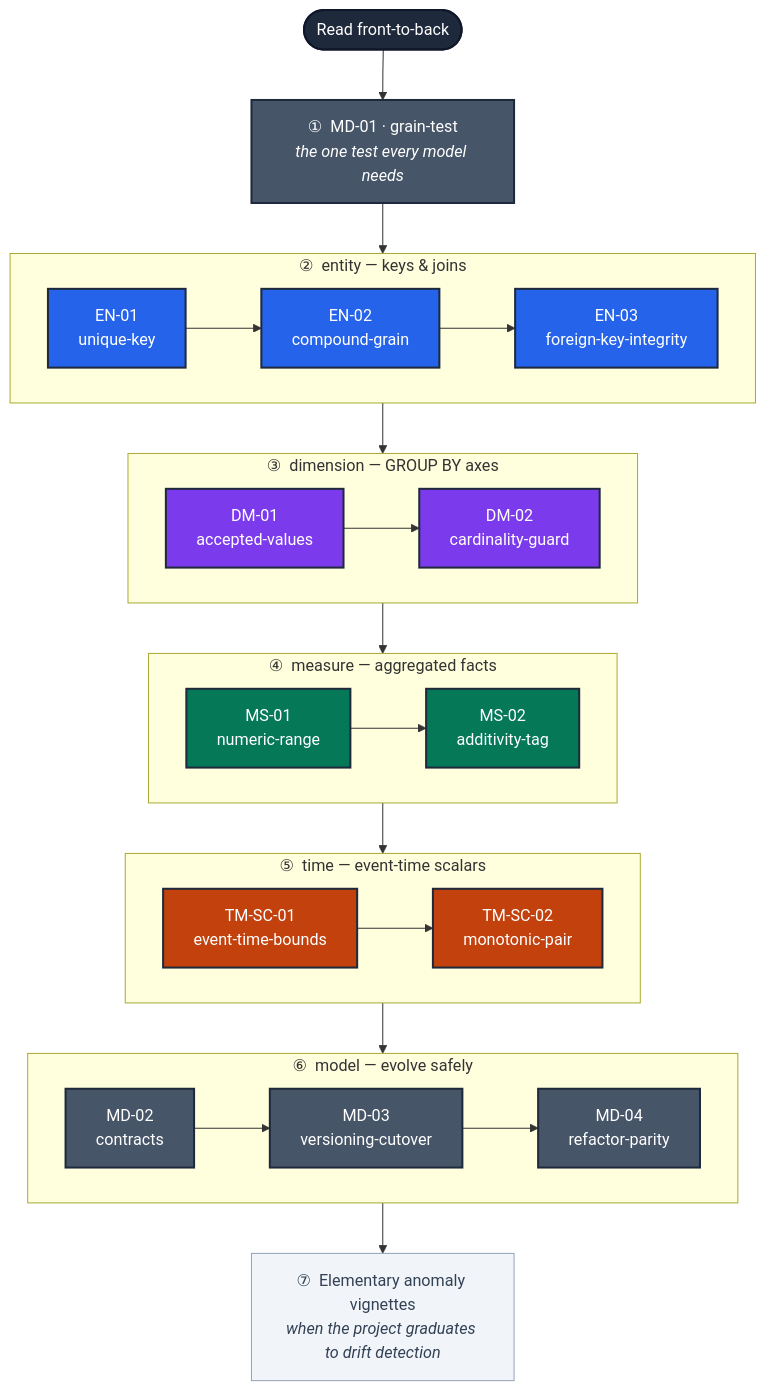
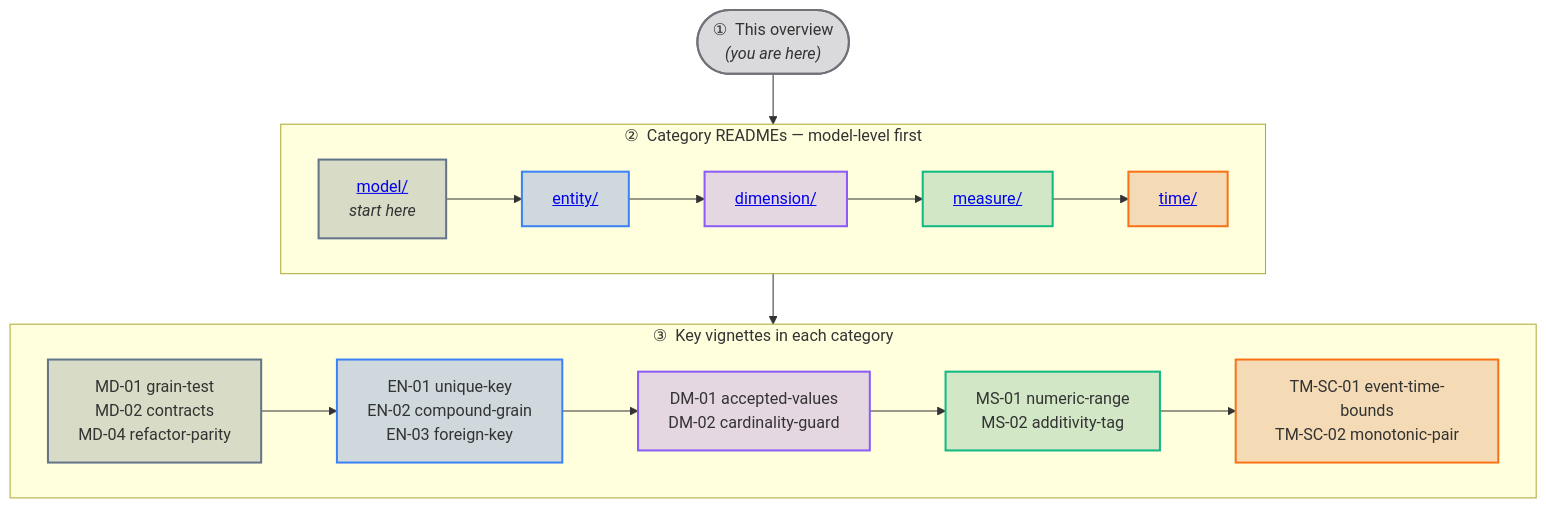
Before and after one commit to neozenith/dbt-gcp-jaffleshop: the second of 2 diagrams in docs/guides/testing_taxonomy/README.md, drawn with Mermaid. The commit also changed other lines of this file and 36 other files, not shown here.

First line of the commit message:
docs(taxonomy): rework guide entry-point + WCAG-AAA dual-theme mermaid palette (#19)

````diff
--- a/docs/guides/testing_taxonomy/README.md
+++ b/docs/guides/testing_taxonomy/README.md
@@ -254,48 +80,26 @@
 ```mermaid
 flowchart TD
-    s(["Read front-to-back"]):::startNode --> g1
+    root(["①&nbsp; This overview<br/><i>(you are here)</i>"]):::startNode
 
-    g1["①&nbsp; MD-01 · grain-test<br/><i>the one test every model needs</i>"]:::model
-
-    subgraph EN ["②&nbsp; entity — keys &amp; joins"]
+    subgraph T2 ["②&nbsp; Category READMEs — model-level first"]
         direction LR
-        en1["EN-01<br/>unique-key"]:::entity --> en2["EN-02<br/>compound-grain"]:::entity --> en3["EN-03<br/>foreign-key-integrity"]:::entity
+        cModel["<a href='./model/README.md'>model/</a><br/><i>start here</i>"]:::model --> cEntity["<a href='./entity/README.md'>entity/</a>"]:::entity --> cDim["<a href='./dimension/README.md'>dimension/</a>"]:::dim --> cMeas["<a href='./measure/README.md'>measure/</a>"]:::meas --> cTime["<a href='./time/README.md'>time/</a>"]:::time
     end
 
-    subgraph DM ["③&nbsp; dimension — GROUP BY axes"]
+    subgraph T3 ["③&nbsp; Key vignettes in each category"]
         direction LR
-        dm1["DM-01<br/>accepted-values"]:::dim --> dm2["DM-02<br/>cardinality-guard"]:::dim
+        kModel["MD-01 grain-test<br/>MD-02 contracts<br/>MD-04 refactor-parity"]:::model --> kEntity["EN-01 unique-key<br/>EN-02 compound-grain<br/>EN-03 foreign-key"]:::entity --> kDim["DM-01 accepted-values<br/>DM-02 cardinality-guard"]:::dim --> kMeas["MS-01 numeric-range<br/>MS-02 additivity-tag"]:::meas --> kTime["TM-SC-01 event-time-bounds<br/>TM-SC-02 monotonic-pair"]:::time
     end
 
-    subgraph MS ["④&nbsp; measure — aggregated facts"]
-        direction LR
-        ms1["MS-01<br/>numeric-range"]:::meas --> ms2["MS-02<br/>additivity-tag"]:::meas
-    end
+    root --> cModel
+    cTime --> kModel
 
-    subgraph TM ["⑤&nbsp; time — event-time scalars"]
-        direction LR
-        tm1["TM-SC-01<br/>event-time-bounds"]:::time --> tm2["TM-SC-02<br/>monotonic-pair"]:::time
-    end
-
-    subgraph MD ["⑥&nbsp; model — evolve safely"]
-        direction LR
-        md2["MD-02<br/>contracts"]:::model --> md3["MD-03<br/>versioning-cutover"]:::model --> md4["MD-04<br/>refactor-parity"]:::model
-    end
-
-    fin["⑦&nbsp; Elementary anomaly vignettes<br/><i>when the project graduates to drift detection</i>"]:::neutral
-
-    g1 --> en1
-    en3 --> dm1
-    dm2 --> ms1
-    ms2 --> tm1
-    tm2 --> md2
-    md4 --> fin
-
-    classDef startNode fill:#1e293b,stroke:#0f172a,color:#fff,stroke-width:2px
-    classDef entity  fill:#2563eb,stroke:#1e293b,color:#fff,stroke-width:2px
-    classDef dim     fill:#7c3aed,stroke:#1e293b,color:#fff,stroke-width:2px
-    classDef meas    fill:#047857,stroke:#1e293b,color:#fff,stroke-width:2px
-    classDef time    fill:#c2410c,stroke:#1e293b,color:#fff,stroke-width:2px
-    classDef model   fill:#475569,stroke:#1e293b,color:#fff,stroke-width:2px
-    classDef neutral fill:#f1f5f9,stroke:#94a3b8,color:#334155,stroke-width:1px
+    %% Same dual-theme AAA strategy as the decision tree above: translucent fills
+    %% (page bg bleeds through) + vivid hue stroke, no `color:` (Material owns the text).
+    classDef startNode fill:#52525b36,stroke:#71717a,stroke-width:2px
+    classDef entity  fill:#1d4ed836,stroke:#3b82f6,stroke-width:2px
+    classDef dim     fill:#7c3aed33,stroke:#8b5cf6,stroke-width:2px
+    classDef meas    fill:#0478572e,stroke:#10b981,stroke-width:2px
+    classDef time    fill:#c2410c30,stroke:#f97316,stroke-width:2px
+    classDef model   fill:#47556936,stroke:#64748b,stroke-width:2px
 ```
````
